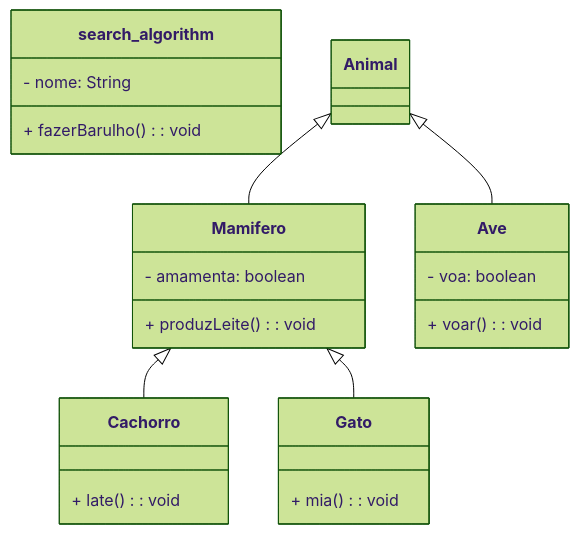
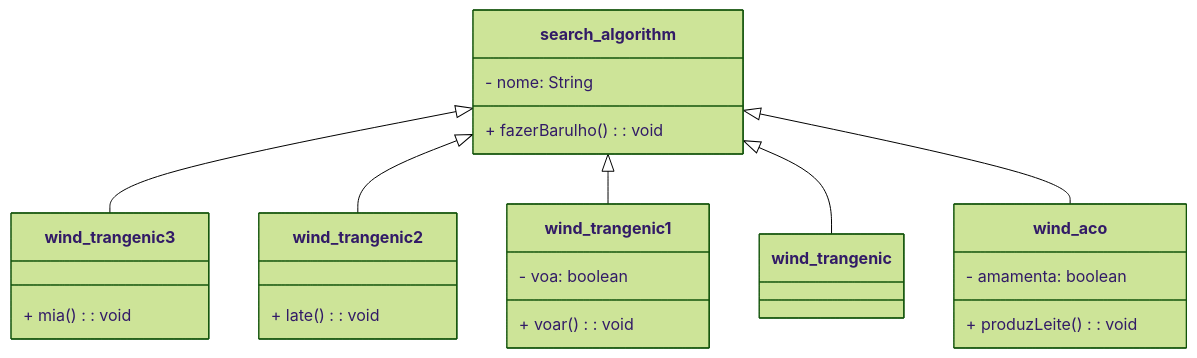
The diagram in docs/uml.md (FernandoSchett/wamuu), drawn with Mermaid (forest theme) before and after one commit.

Commit message:
[DOCS]ç uml test

````diff
--- a/docs/uml.md
+++ b/docs/uml.md
@@ -5,32 +5,32 @@
 ```mermaid
 classDiagram
-
 
   class search_algorithm {
     - nome: String
     + fazerBarulho(): void
   }
 
-  class Mamifero {
+  class wind_aco {
     - amamenta: boolean
     + produzLeite(): void
   }
 
-  class Ave {
+  class wind_trangenic1{
     - voa: boolean
     + voar(): void
   }
 
-  class Cachorro {
+  class wind_trangenic2{
     + late(): void
   }
 
-  class Gato {
+  class wind_trangenic3{
     + mia(): void
   }
 
-  Animal <|-- Mamifero
-  Animal <|-- Ave
-  Mamifero <|-- Cachorro
-  Mamifero <|-- Gato
+  search_algorithm <|-- wind_trangenic3
+  search_algorithm <|-- wind_trangenic2
+  search_algorithm <|-- wind_trangenic1
+  search_algorithm <|-- wind_trangenic
+  search_algorithm <|-- wind_aco
 ```
````
